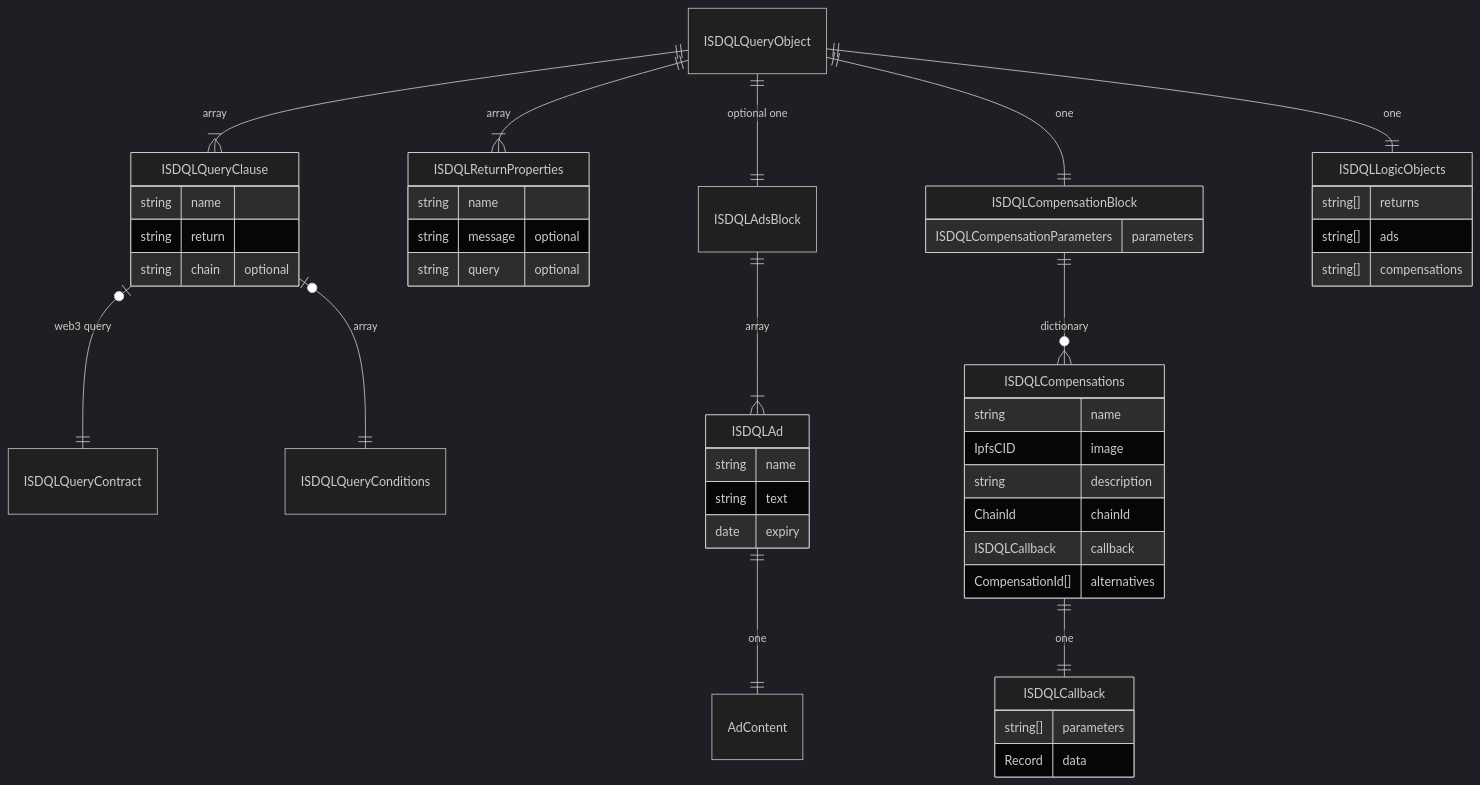
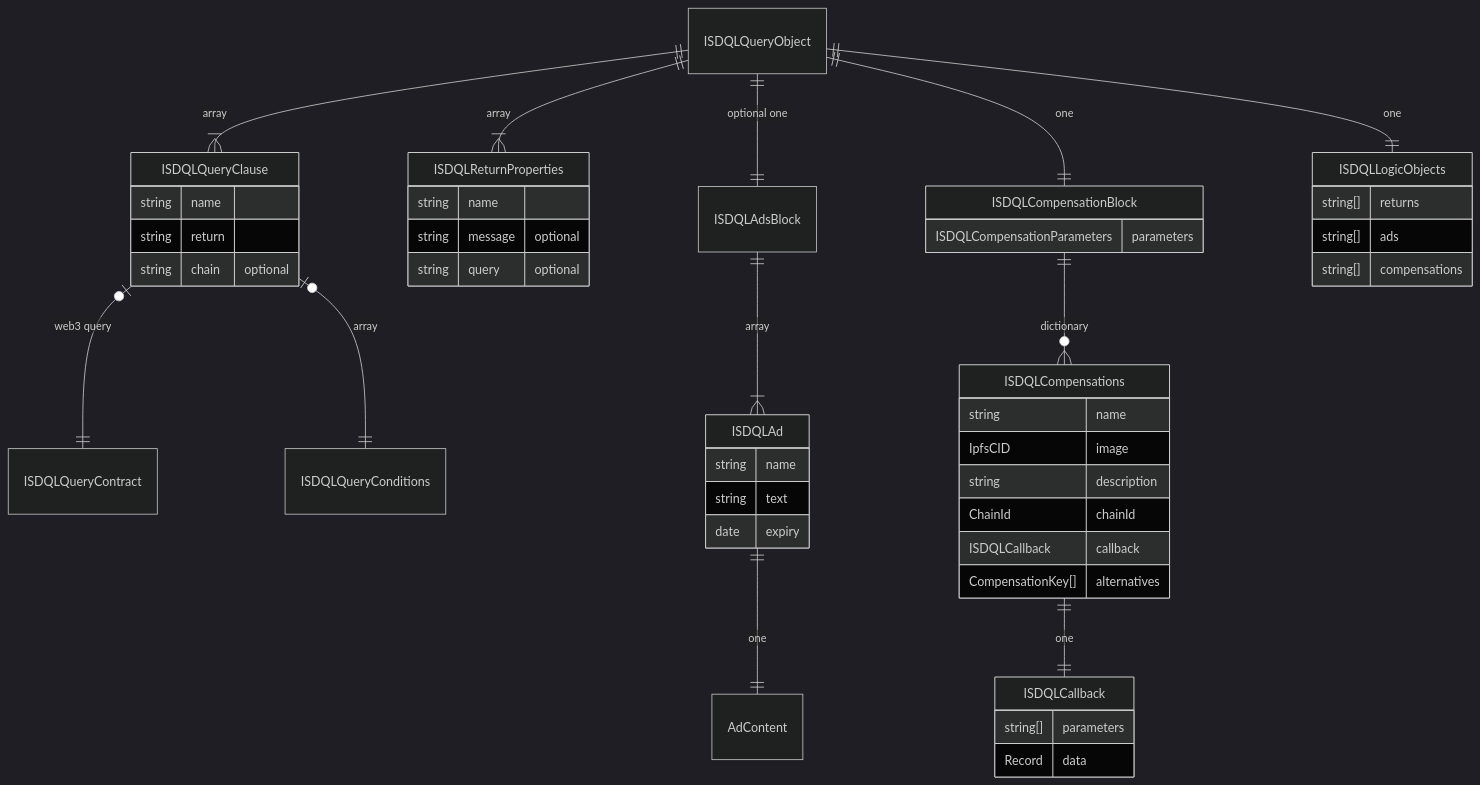
One commit to SnickerdoodleLabs/protocol changed the diagram in documentation/sdql/adding-new-queries.md. Above: the diagram before and after it, drawn with Mermaid (dark theme). The commit also changed 57 other files, not shown here.

````diff
--- a/documentation/sdql/adding-new-queries.md
+++ b/documentation/sdql/adding-new-queries.md
@@ -12,68 +12,68 @@
 ```mermaid
 erDiagram
     ISDQLQueryObject ||--|{ ISDQLQueryClause : array
     ISDQLQueryObject ||--|{ ISDQLReturnProperties : array
     ISDQLQueryObject ||--|| ISDQLAdsBlock : "optional one"
     ISDQLQueryObject ||--|| ISDQLCompensationBlock : "one"
     ISDQLQueryObject ||--|| ISDQLLogicObjects : "one"
     ISDQLQueryClause {
         
         string name
         string return
         string chain "optional"
         
     }
     ISDQLQueryClause |o--|| ISDQLQueryContract : "web3 query"
 
     ISDQLQueryClause |o--|| ISDQLQueryConditions: array
 
     ISDQLReturnProperties {
         
         string name
         string message "optional"
         string query "optional"
     }
 
     ISDQLAdsBlock ||--|{ ISDQLAd : "array"
     ISDQLAd {
         
         string name
         string text
         date expiry     
         
     }
 
     ISDQLAd ||--|| AdContent : "one"
     ISDQLCompensationBlock {
         ISDQLCompensationParameters parameters
         
     }
 
     ISDQLCompensationBlock ||--o{ ISDQLCompensations : "dictionary"
     ISDQLCompensations {
         string name
         IpfsCID image
         string description
         ChainId chainId
         ISDQLCallback callback
-        CompensationId[] alternatives
+        CompensationKey[] alternatives
         
     }
 
     ISDQLCompensations ||--|| ISDQLCallback : "one"
 
     ISDQLCallback {
         string[] parameters
         Record data
     }
 
     ISDQLLogicObjects {
         
         string[] returns
         string[] ads
         string[] compensations
 
     }
 
 
 ```
````
